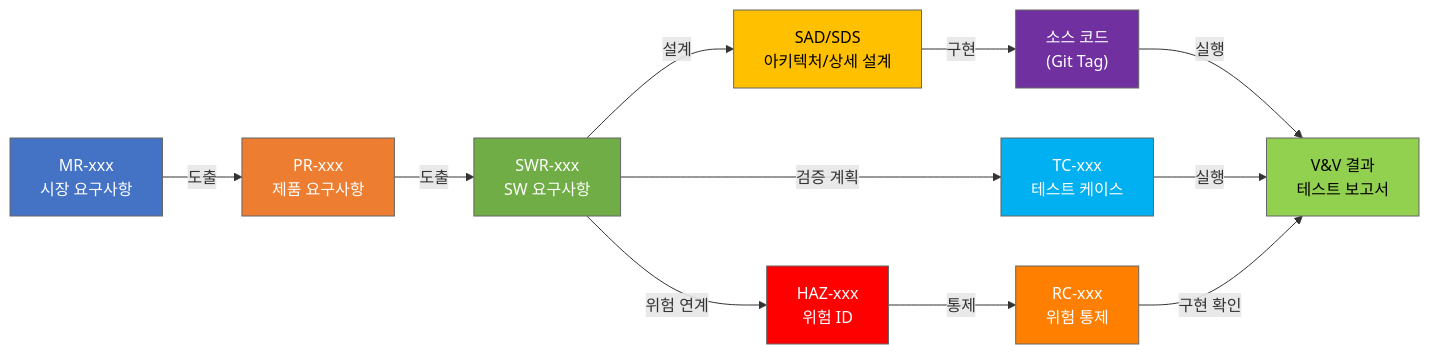
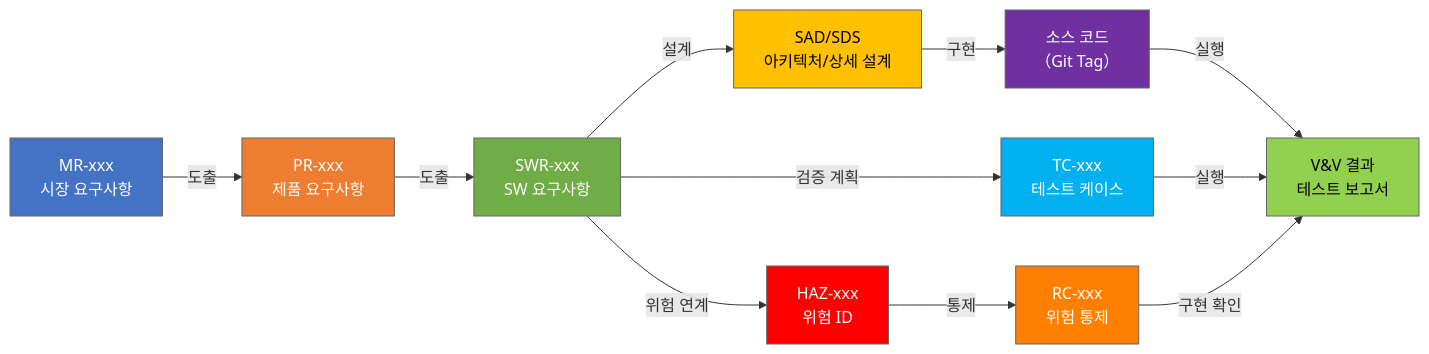
The fifth of 13 diagrams in docs/management/DOC-003_SW_Development_Guideline_v1.0.md (holee9/console-gui), drawn with Mermaid before and after one commit. The commit also changed other lines of this file and 22 other files, not shown here.

First line of the commit message:
fix: Mermaid flowchart 노드 내 괄호 파싱 오류 전면 수정

````diff
--- a/docs/management/DOC-003_SW_Development_Guideline_v1.0.md
+++ b/docs/management/DOC-003_SW_Development_Guideline_v1.0.md
@@ -439,24 +439,24 @@
 ```mermaid
 flowchart LR
     classDef default fill:#444,stroke:#666,color:#fff
     MR["MR-xxx<br/>시장 요구사항"] -->|도출| PR["PR-xxx<br/>제품 요구사항"]
     PR -->|도출| SWR["SWR-xxx<br/>SW 요구사항"]
     SWR -->|설계| SAD["SAD/SDS<br/>아키텍처/상세 설계"]
-    SAD -->|구현| CODE["소스 코드<br/>(Git Tag)"]
+    SAD -->|구현| CODE["소스 코드<br/>（Git Tag）"]
     SWR -->|검증 계획| TC["TC-xxx<br/>테스트 케이스"]
     CODE -->|실행| VR["V&V 결과<br/>테스트 보고서"]
     TC -->|실행| VR
     SWR -->|위험 연계| HAZ["HAZ-xxx<br/>위험 ID"]
     HAZ -->|통제| RC["RC-xxx<br/>위험 통제"]
     RC -->|구현 확인| VR
 
     style MR fill:#4472C4,color:#fff
     style PR fill:#ED7D31,color:#fff
     style SWR fill:#70AD47,color:#fff
     style SAD fill:#FFC000,color:#000
     style CODE fill:#7030A0,color:#fff
     style TC fill:#00B0F0,color:#fff
     style VR fill:#92D050,color:#000
     style HAZ fill:#FF0000,color:#fff
     style RC fill:#FF7F00,color:#fff
 ```
````
